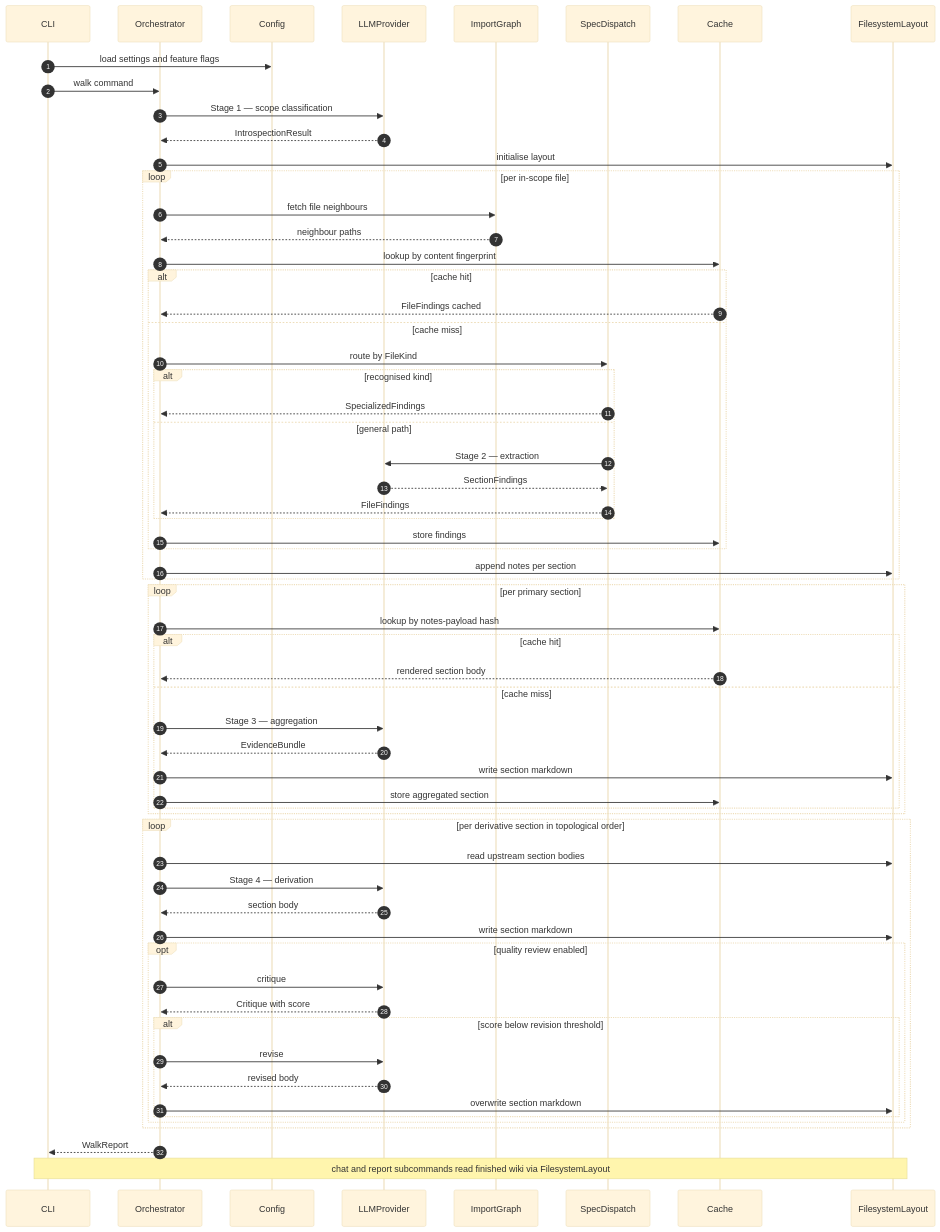
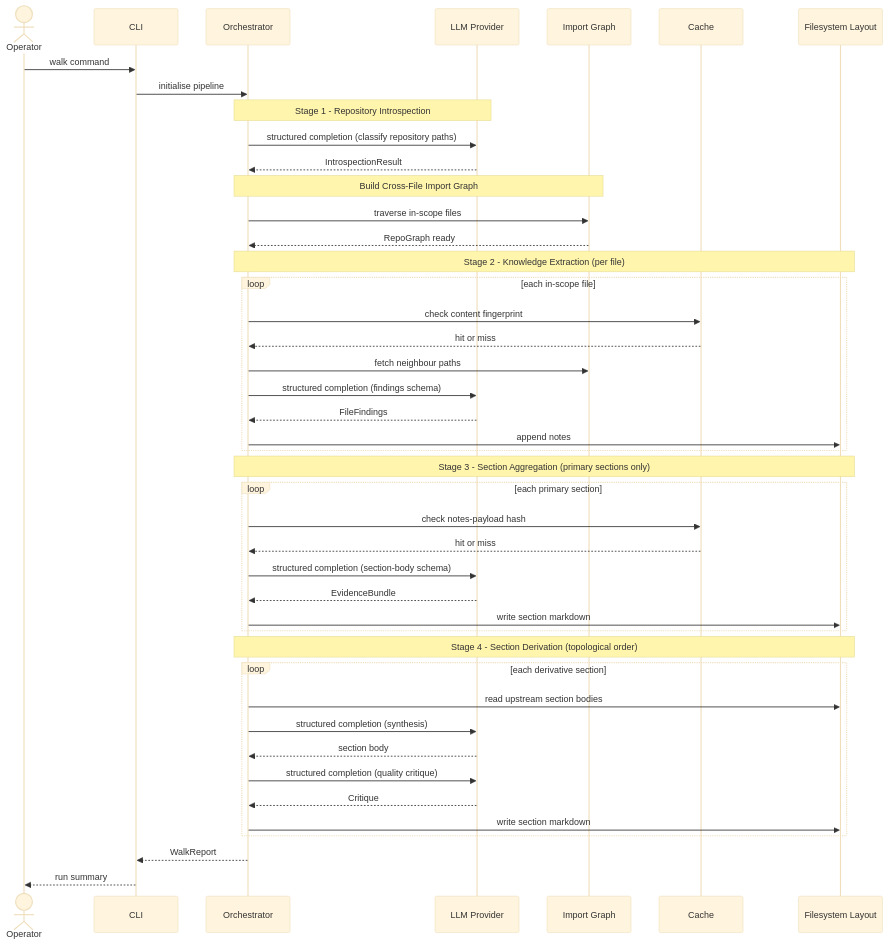
One commit to codeninja/wikifi changed the third of 3 diagrams in .wikifi/diagrams.md. Above: the diagram before and after it, drawn with Mermaid (base theme). The commit also changed other lines of this file and 9 other files, not shown here.

````diff
--- a/.wikifi/diagrams.md
+++ b/.wikifi/diagrams.md
@@ -78,69 +63,53 @@
 ```mermaid
 sequenceDiagram
-    autonumber
+    actor Operator
     participant CLI
     participant Orchestrator
-    participant Config
-    participant LLMProvider
-    participant ImportGraph
-    participant SpecDispatch
+    participant LLMProvider as LLM Provider
+    participant ImportGraph as Import Graph
     participant Cache
-    participant FilesystemLayout
+    participant Layout as Filesystem Layout
 
-    CLI->>Config: load settings and feature flags
-    CLI->>Orchestrator: walk command
-    Orchestrator->>LLMProvider: Stage 1 — scope classification
+    Operator->>CLI: walk command
+    CLI->>Orchestrator: initialise pipeline
+
+    Note over Orchestrator,LLMProvider: Stage 1 - Repository Introspection
+    Orchestrator->>LLMProvider: structured completion (classify repository paths)
     LLMProvider-->>Orchestrator: IntrospectionResult
-    Orchestrator->>FilesystemLayout: initialise layout
 
-    loop per in-scope file
-        Orchestrator->>ImportGraph: fetch file neighbours
-        ImportGraph-->>Orchestrator: neighbour paths
-        Orchestrator->>Cache: lookup by content fingerprint
-        alt cache hit
-            Cache-->>Orchestrator: FileFindings cached
-        else cache miss
-            Orchestrator->>SpecDispatch: route by FileKind
-            alt recognised kind
-                SpecDispatch-->>Orchestrator: SpecializedFindings
-            else general path
-                SpecDispatch->>LLMProvider: Stage 2 — extraction
-                LLMProvider-->>SpecDispatch: SectionFindings
-                SpecDispatch-->>Orchestrator: FileFindings
-            end
-            Orchestrator->>Cache: store findings
-        end
-        Orchestrator->>FilesystemLayout: append notes per section
+    Note over Orchestrator,ImportGraph: Build Cross-File Import Graph
+    Orchestrator->>ImportGraph: traverse in-scope files
+    ImportGraph-->>Orchestrator: RepoGraph ready
+
+    Note over Orchestrator,Layout: Stage 2 - Knowledge Extraction (per file)
+    loop each in-scope file
+        Orchestrator->>Cache: check content fingerprint
+        Cache-->>Orchestrator: hit or miss
+        Orchestrator->>ImportGraph: fetch neighbour paths
+        Orchestrator->>LLMProvider: structured completion (findings schema)
+        LLMProvider-->>Orchestrator: FileFindings
+        Orchestrator->>Layout: append notes
     end
 
-    loop per primary section
-        Orchestrator->>Cache: lookup by notes-payload hash
-        alt cache hit
-            Cache-->>Orchestrator: rendered section body
-        else cache miss
-            Orchestrator->>LLMProvider: Stage 3 — aggregation
-            LLMProvider-->>Orchestrator: EvidenceBundle
-            Orchestrator->>FilesystemLayout: write section markdown
-            Orchestrator->>Cache: store aggregated section
-        end
+    Note over Orchestrator,Layout: Stage 3 - Section Aggregation (primary sections only)
+    loop each primary section
+        Orchestrator->>Cache: check notes-payload hash
+        Cache-->>Orchestrator: hit or miss
+        Orchestrator->>LLMProvider: structured completion (section-body schema)
+        LLMProvider-->>Orchestrator: EvidenceBundle
+        Orchestrator->>Layout: write section markdown
     end
 
-    loop per derivative section in topological order
-        Orchestrator->>FilesystemLayout: read upstream section bodies
-        Orchestrator->>LLMProvider: Stage 4 — derivation
+    Note over Orchestrator,Layout: Stage 4 - Section Derivation (topological order)
+    loop each derivative section
+        Orchestrator->>Layout: read upstream section bodies
+        Orchestrator->>LLMProvider: structured completion (synthesis)
         LLMProvider-->>Orchestrator: section body
-        Orchestrator->>FilesystemLayout: write section markdown
-        opt quality review enabled
-            Orchestrator->>LLMProvider: critique
-            LLMProvider-->>Orchestrator: Critique with score
-            alt score below revision threshold
-                Orchestrator->>LLMProvider: revise
-                LLMProvider-->>Orchestrator: revised body
-                Orchestrator->>FilesystemLayout: overwrite section markdown
-            end
-        end
+        Orchestrator->>LLMProvider: structured completion (quality critique)
+        LLMProvider-->>Orchestrator: Critique
+        Orchestrator->>Layout: write section markdown
     end
 
     Orchestrator-->>CLI: WalkReport
-    Note over CLI,FilesystemLayout: chat and report subcommands read finished wiki via FilesystemLayout
+    CLI-->>Operator: run summary
 ```
````
